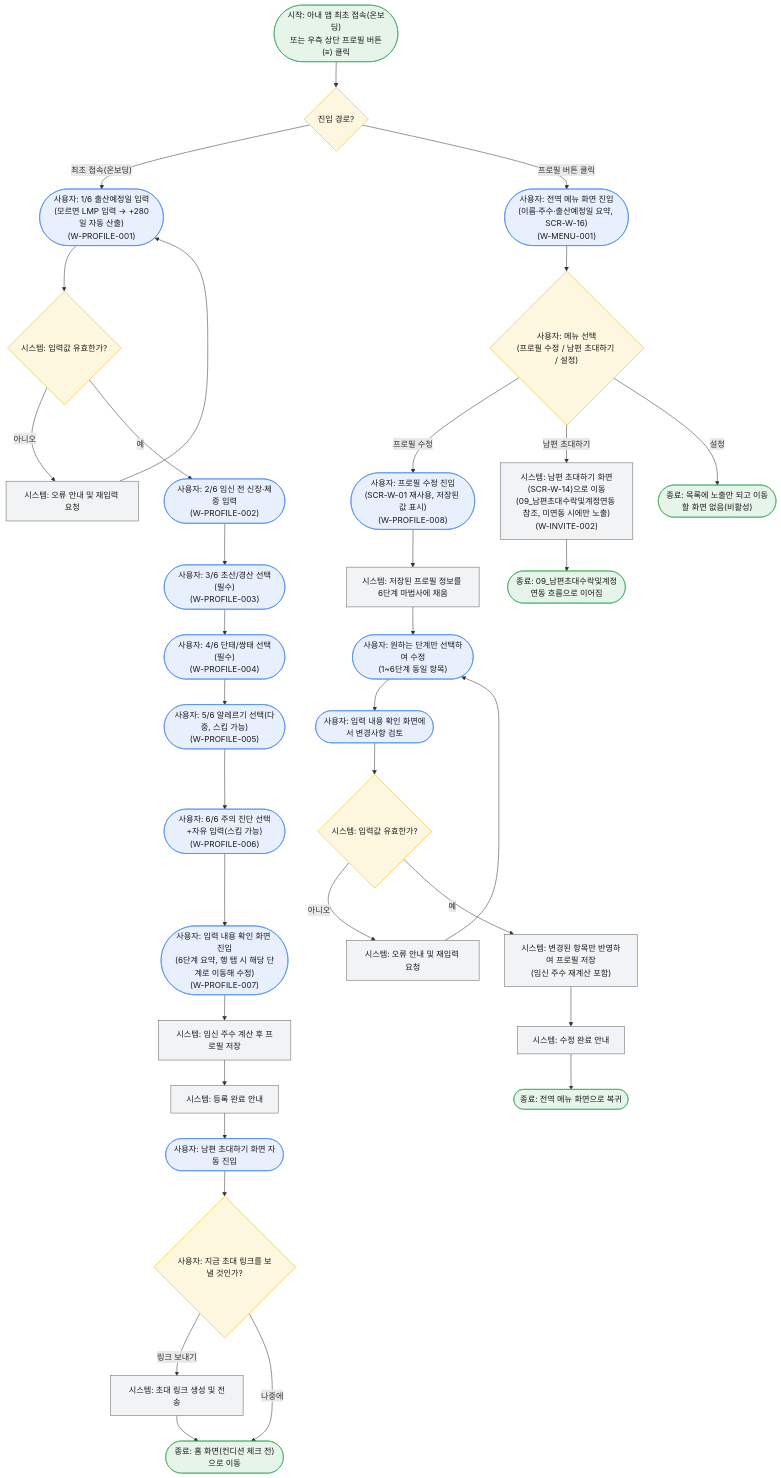
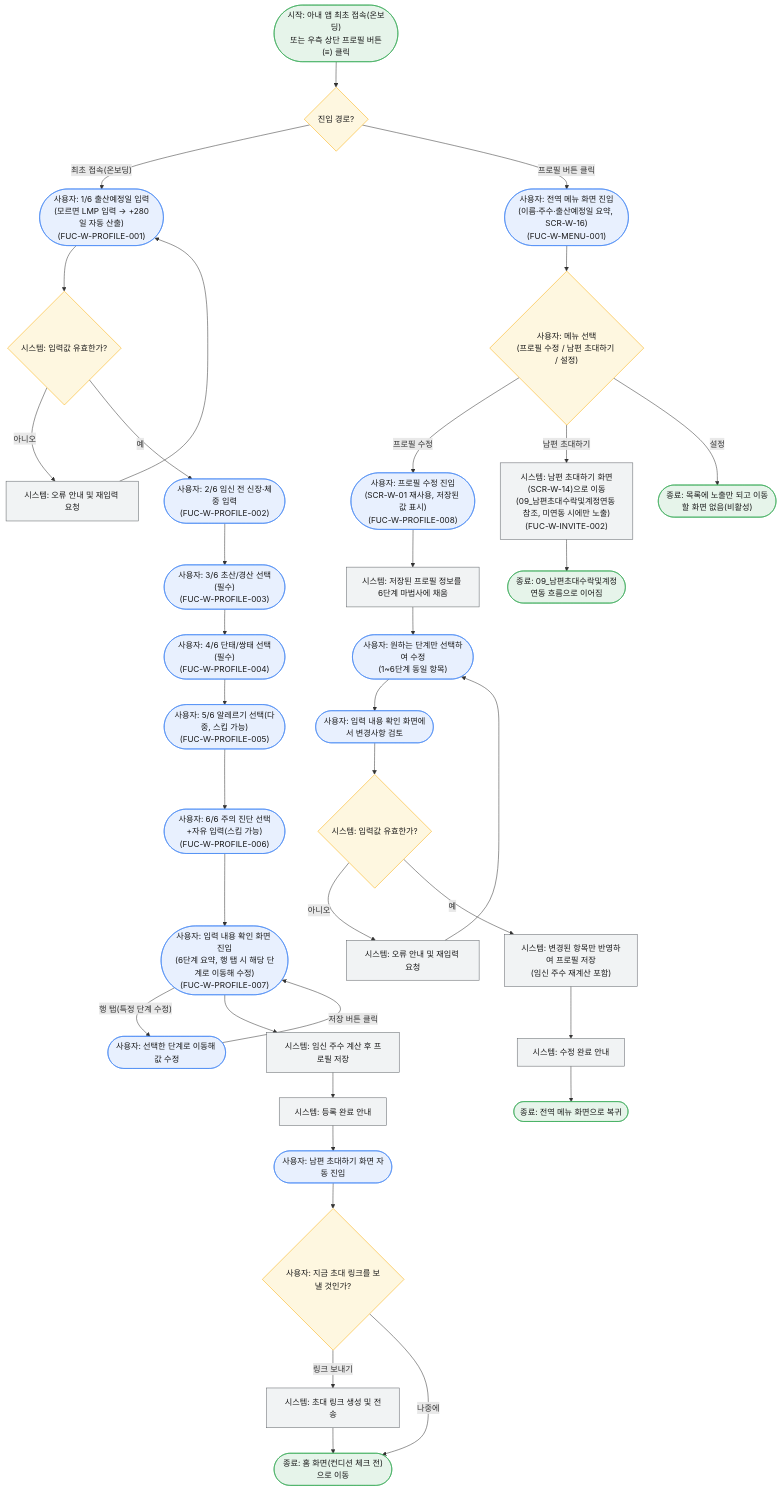
One commit to lgdxDORAEMI/PLM changed the diagram in docs/서비스흐름도/01_프로필등록.mmd. Above: the diagram before and after it, drawn with Mermaid. The commit also changed 11 other files, not shown here.

```diff
--- a/docs/서비스흐름도/01_프로필등록.mmd
+++ b/docs/서비스흐름도/01_프로필등록.mmd
@@ -1,51 +1,56 @@
 %% 서비스 흐름도: 임산부 프로필 등록(6단계)/수정, 전역 메뉴, 남편 초대
-%% 관련 기능: W-PROFILE-001~007(등록 6단계+확인), W-PROFILE-008(수정), W-MENU-001, W-INVITE-001, W-INVITE-002 / 관련 UC: UC1
+%% 관련 기능: FUC-W-PROFILE-001~007(등록 6단계+확인), FUC-W-PROFILE-008(수정), FUC-W-MENU-001, FUC-W-INVITE-001, FUC-W-INVITE-002 / 관련 UC: UC1
 %% 주의: 프로필 "최초 등록"(온보딩)은 6단계 마법사(SCR-W-01)를 거쳐 입력 내용 확인 화면(SCR-W-15)에서 저장하며,
 %%       저장 직후에만 남편 초대하기 화면으로 자동 연결된다(별도 이동 버튼 없음).
 %%       우측 상단 프로필 버튼(≡) 클릭 시 전역 메뉴 화면(SCR-W-16)으로 이동하며,
 %%       여기서 "프로필 수정 / 남편 초대하기 / 설정" 항목을 보여준다.
 %%       "설정"은 목록에 노출만 되고 탭해도 이동하는 화면이 없다(비활성, 스코프 제외).
+%%       버그: FUC-W-PROFILE-007에서 행 탭으로 특정 단계를 수정하면 하단 버튼이 "다음" 대신 "저장"으로 바뀌고
+%%       클릭 시 이 확인 화면(Confirm)으로 바로 복귀해야 하는데, 현재 구현은 버튼이 계속 "다음"이고
+%%       클릭하면 순차 다음 단계로 진행됨(마지막 6단계만 우연히 정상 동작).
 %%       "프로필 수정"은 저장된 값이 채워진 동일 6단계 마법사(SCR-W-01 재사용)로 이동해 원하는 단계만 수정하며,
 %%       확인 화면에서 저장 후 초대 화면을 거치지 않고 바로 메뉴로 복귀한다.
 %%       '나중에'로 초대를 건너뛰어도 기회가 사라지지 않는다: 남편 미연동 상태인 동안 전역 메뉴에
-%%       '남편 초대(W-INVITE-002)' 항목이 남아 언제든 재시도 가능하며, 연동 완료 시 그 항목은 자동으로 사라진다.
+%%       '남편 초대(FUC-W-INVITE-002)' 항목이 남아 언제든 재시도 가능하며, 연동 완료 시 그 항목은 자동으로 사라진다.
 flowchart TD
     classDef user fill:#E8F0FE,stroke:#4285F4,color:#1a1a1a;
     classDef system fill:#F1F3F4,stroke:#5f6368,color:#1a1a1a;
     classDef decision fill:#FEF7E0,stroke:#F9AB00,color:#1a1a1a;
     classDef terminal fill:#E6F4EA,stroke:#34A853,color:#1a1a1a;
 
     Start(["시작: 아내 앱 최초 접속(온보딩)<br/>또는 우측 상단 프로필 버튼(≡) 클릭"]):::terminal --> Route{"진입 경로?"}:::decision
 
-    Route -- 최초 접속(온보딩) --> S1(["사용자: 1/6 출산예정일 입력<br/>(모르면 LMP 입력 → +280일 자동 산출)<br/>(W-PROFILE-001)"]):::user
-    Route -- 프로필 버튼 클릭 --> MenuScr(["사용자: 전역 메뉴 화면 진입<br/>(이름·주수·출산예정일 요약, SCR-W-16)<br/>(W-MENU-001)"]):::user
+    Route -- 최초 접속(온보딩) --> S1(["사용자: 1/6 출산예정일 입력<br/>(모르면 LMP 입력 → +280일 자동 산출)<br/>(FUC-W-PROFILE-001)"]):::user
+    Route -- 프로필 버튼 클릭 --> MenuScr(["사용자: 전역 메뉴 화면 진입<br/>(이름·주수·출산예정일 요약, SCR-W-16)<br/>(FUC-W-MENU-001)"]):::user
     MenuScr --> Menu{"사용자: 메뉴 선택<br/>(프로필 수정 / 남편 초대하기 / 설정)"}:::decision
 
-    Menu -- 프로필 수정 --> M1(["사용자: 프로필 수정 진입<br/>(SCR-W-01 재사용, 저장된 값 표시)<br/>(W-PROFILE-008)"]):::user
-    Menu -- 남편 초대하기 --> M2["시스템: 남편 초대하기 화면(SCR-W-14)으로 이동<br/>(09_남편초대수락및계정연동 참조, 미연동 시에만 노출)<br/>(W-INVITE-002)"]:::system
+    Menu -- 프로필 수정 --> M1(["사용자: 프로필 수정 진입<br/>(SCR-W-01 재사용, 저장된 값 표시)<br/>(FUC-W-PROFILE-008)"]):::user
+    Menu -- 남편 초대하기 --> M2["시스템: 남편 초대하기 화면(SCR-W-14)으로 이동<br/>(09_남편초대수락및계정연동 참조, 미연동 시에만 노출)<br/>(FUC-W-INVITE-002)"]:::system
     M2 --> EndInv(["종료: 09_남편초대수락및계정연동 흐름으로 이어짐"]):::terminal
     Menu -- 설정 --> EndSet(["종료: 목록에 노출만 되고 이동할 화면 없음(비활성)"]):::terminal
 
     S1 --> C1{"시스템: 입력값 유효한가?"}:::decision
     C1 -- 아니오 --> D1["시스템: 오류 안내 및 재입력 요청"]:::system --> S1
-    C1 -- 예 --> S2(["사용자: 2/6 임신 전 신장·체중 입력<br/>(W-PROFILE-002)"]):::user
-    S2 --> S3(["사용자: 3/6 초산/경산 선택(필수)<br/>(W-PROFILE-003)"]):::user
-    S3 --> S4(["사용자: 4/6 단태/쌍태 선택(필수)<br/>(W-PROFILE-004)"]):::user
-    S4 --> S5(["사용자: 5/6 알레르기 선택(다중, 스킵 가능)<br/>(W-PROFILE-005)"]):::user
-    S5 --> S6(["사용자: 6/6 주의 진단 선택+자유 입력(스킵 가능)<br/>(W-PROFILE-006)"]):::user
-    S6 --> Confirm(["사용자: 입력 내용 확인 화면 진입<br/>(6단계 요약, 행 탭 시 해당 단계로 이동해 수정)<br/>(W-PROFILE-007)"]):::user
+    C1 -- 예 --> S2(["사용자: 2/6 임신 전 신장·체중 입력<br/>(FUC-W-PROFILE-002)"]):::user
+    S2 --> S3(["사용자: 3/6 초산/경산 선택(필수)<br/>(FUC-W-PROFILE-003)"]):::user
+    S3 --> S4(["사용자: 4/6 단태/쌍태 선택(필수)<br/>(FUC-W-PROFILE-004)"]):::user
+    S4 --> S5(["사용자: 5/6 알레르기 선택(다중, 스킵 가능)<br/>(FUC-W-PROFILE-005)"]):::user
+    S5 --> S6(["사용자: 6/6 주의 진단 선택+자유 입력(스킵 가능)<br/>(FUC-W-PROFILE-006)"]):::user
+    S6 --> Confirm(["사용자: 입력 내용 확인 화면 진입<br/>(6단계 요약, 행 탭 시 해당 단계로 이동해 수정)<br/>(FUC-W-PROFILE-007)"]):::user
+    Confirm -- 행 탭(특정 단계 수정) --> EditStep(["사용자: 선택한 단계로 이동해 값 수정"]):::user
+    EditStep -- "저장" 버튼 클릭 --> Confirm
     Confirm --> E1["시스템: 임신 주수 계산 후 프로필 저장"]:::system
     E1 --> H["시스템: 등록 완료 안내"]:::system
     H --> I(["사용자: 남편 초대하기 화면 자동 진입"]):::user
     I --> J{"사용자: 지금 초대 링크를 보낼 것인가?"}:::decision
     J -- 링크 보내기 --> K["시스템: 초대 링크 생성 및 전송"]:::system --> End2(["종료: 홈 화면(컨디션 체크 전)으로 이동"]):::terminal
     J -- 나중에 --> End2
 
     M1 --> B2["시스템: 저장된 프로필 정보를 6단계 마법사에 채움"]:::system
     B2 --> B3(["사용자: 원하는 단계만 선택하여 수정<br/>(1~6단계 동일 항목)"]):::user
     B3 --> ConfirmEdit(["사용자: 입력 내용 확인 화면에서 변경사항 검토"]):::user
     ConfirmEdit --> C2{"시스템: 입력값 유효한가?"}:::decision
     C2 -- 아니오 --> D2["시스템: 오류 안내 및 재입력 요청"]:::system --> B3
     C2 -- 예 --> E2["시스템: 변경된 항목만 반영하여 프로필 저장<br/>(임신 주수 재계산 포함)"]:::system
     E2 --> F1["시스템: 수정 완료 안내"]:::system
     F1 --> End1(["종료: 전역 메뉴 화면으로 복귀"]):::terminal
```
